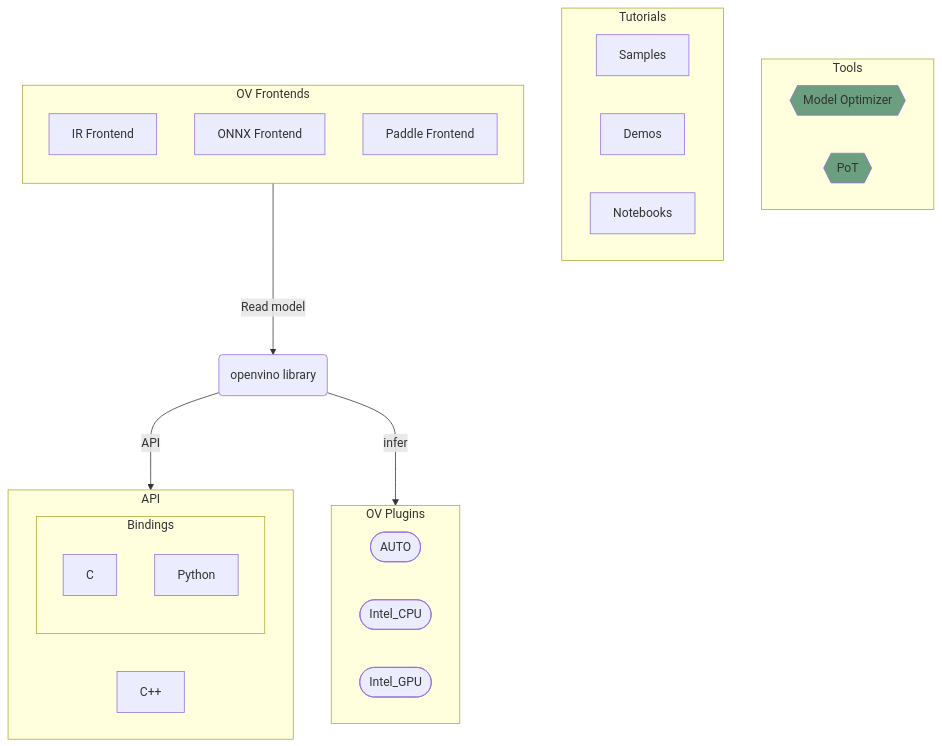
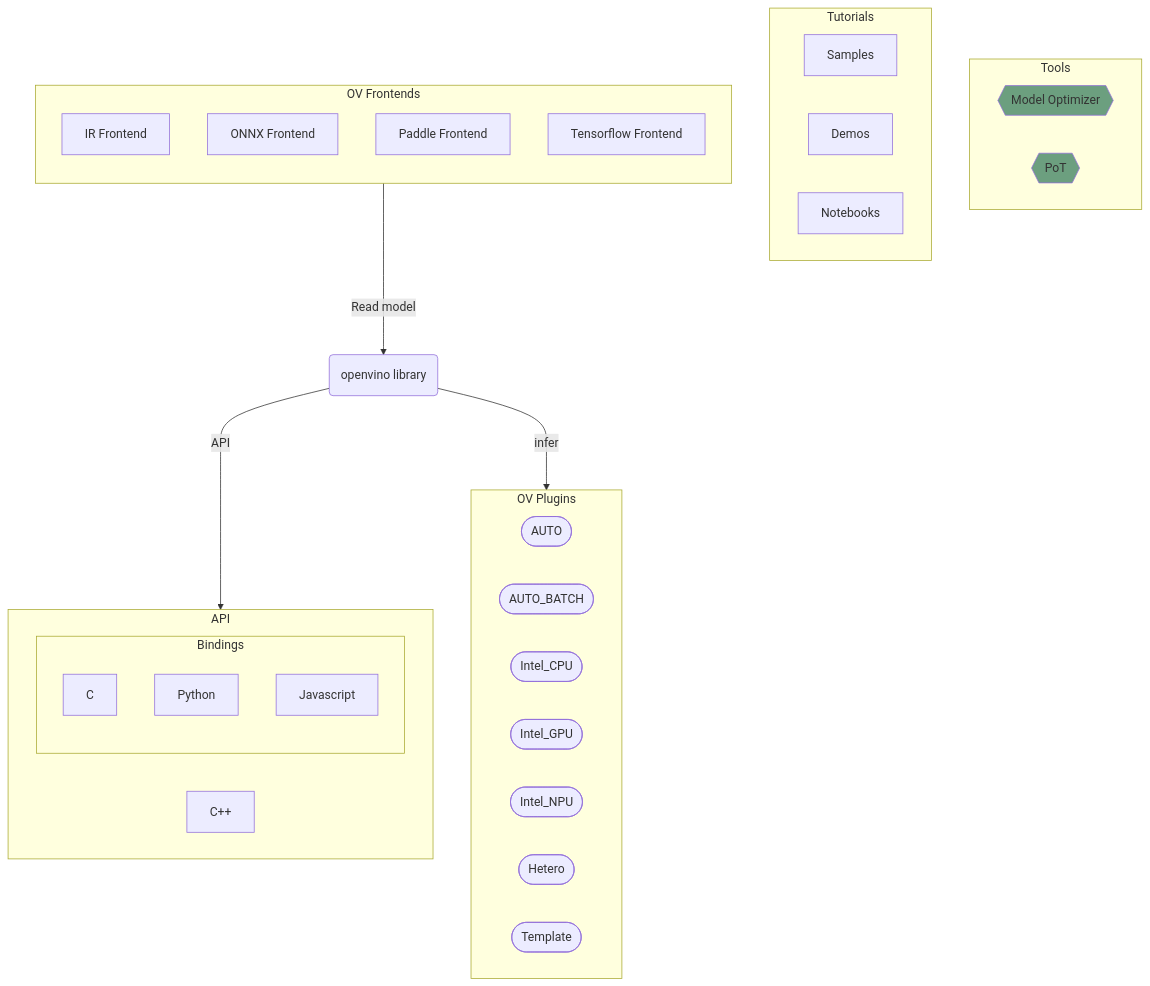
One commit to openvinotoolkit/openvino changed the first of 4 diagrams in src/docs/architecture.md. Above: the diagram before and after it, drawn with Mermaid.

Commit message:
[DOCS] Add missing frontend, bindings and plugins in architecture.md

````diff
--- a/src/docs/architecture.md
+++ b/src/docs/architecture.md
@@ -16,39 +16,46 @@
 ```mermaid
 flowchart TB
     subgraph tools [Tools]
         mo{{Model Optimizer}}
         pot{{PoT}}
     
         style mo fill:#6c9f7f
         style pot fill:#6c9f7f
     end
     subgraph tutorials [Tutorials]
         samples[Samples]
         demos[Demos]
         notebooks[Notebooks]
     end
     subgraph api [API]
         cpp[C++]
         subgraph bindings [Bindings]
             c_api[C]
             python_api[Python]
+            js_api[Javascript]
         end
     end
     
     subgraph plugins [OV Plugins]
         auto(["AUTO"])
+        auto_batch(["AUTO_BATCH"])
         cpu(["Intel_CPU"])
         gpu(["Intel_GPU"])
+        npu(["Intel_NPU"])
+        hetero(["Hetero"])
+        template(["Template"])
     end
+    
     subgraph frontends [OV Frontends]
         direction TB
         ir_fe["IR Frontend"]
         onnx_fe["ONNX Frontend"]
         paddle_fe["Paddle Frontend"]
+        tensorflow_fe["Tensorflow Frontend"]
     end
     openvino(openvino library)
     
     frontends--Read model--->openvino
     openvino--API--->api
     openvino--infer--->plugins
 ```
````
